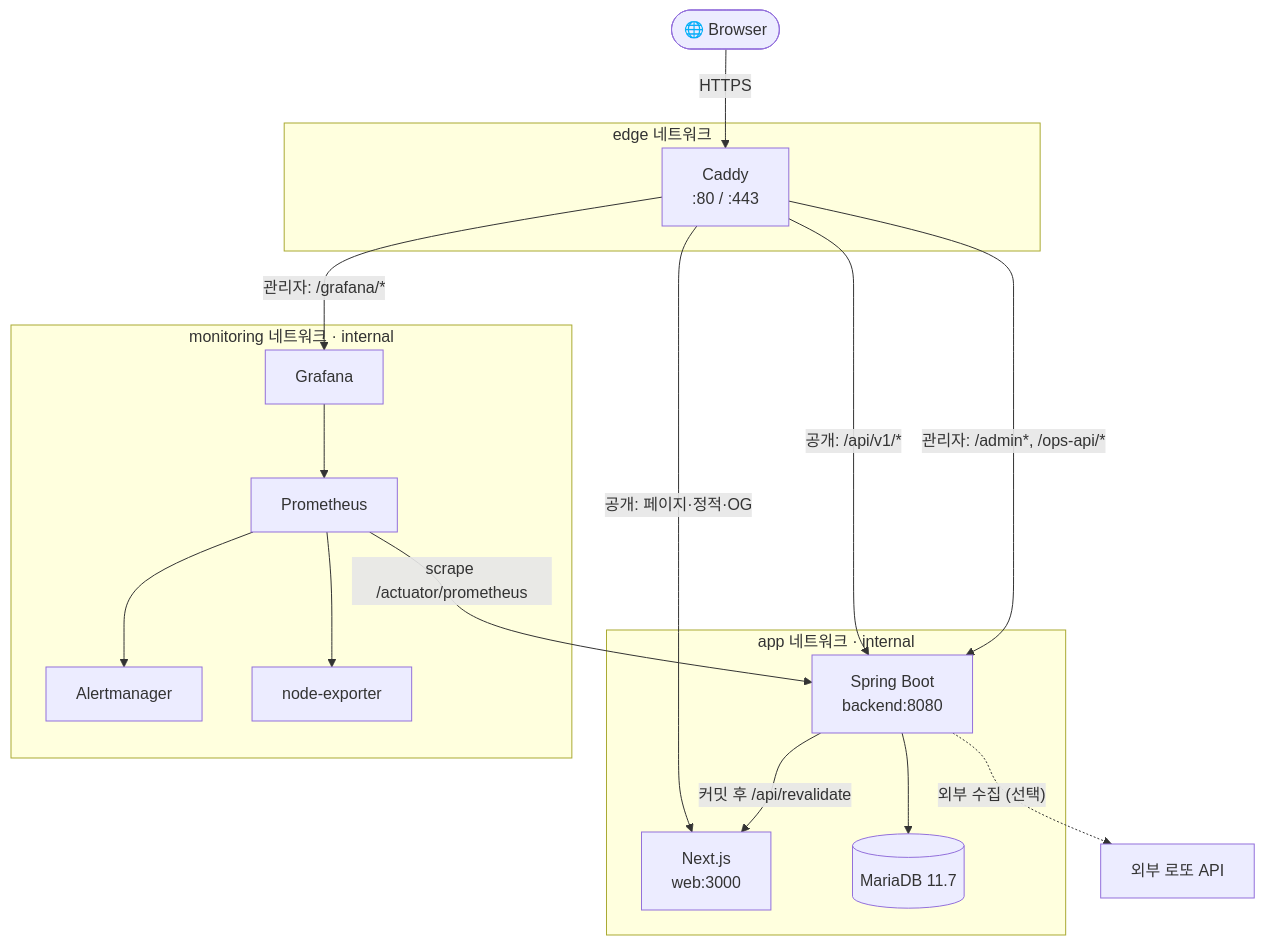
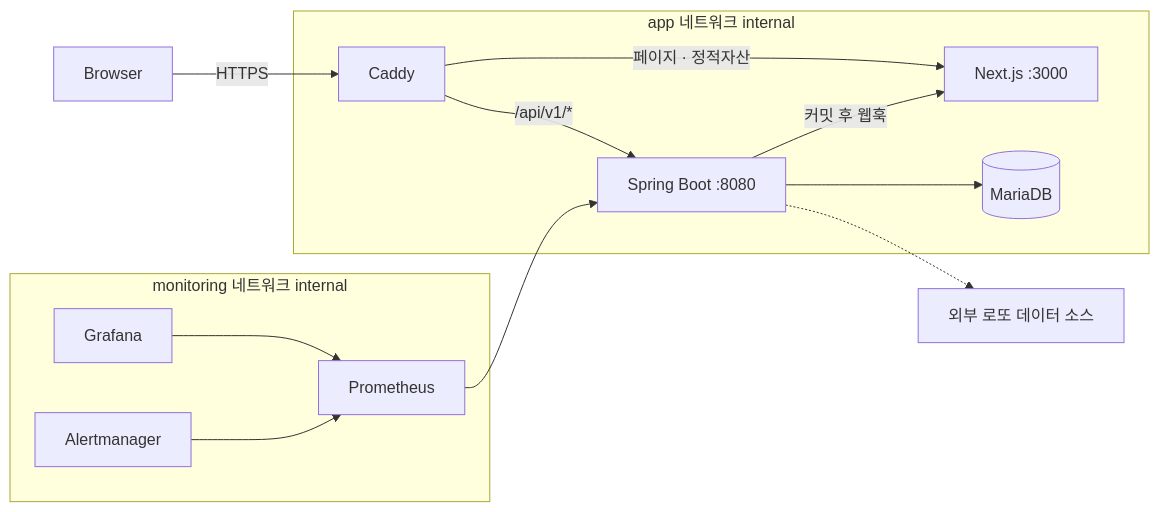
Before and after one commit to portuna85/Kraft: the diagram in README.md, drawn with Mermaid. The commit also changed other lines of this file, not shown here.

````diff
--- a/README.md
+++ b/README.md
@@ -56,35 +30,19 @@
 ```mermaid
-flowchart TB
-    Browser(["🌐 Browser"]) -- HTTPS --> Caddy
+flowchart LR
+    Browser -- HTTPS --> Caddy
 
-    subgraph EDGE["edge 네트워크"]
-        Caddy["Caddy<br/>:80 / :443"]
+    subgraph app[app 네트워크 internal]
+        Caddy -->|"/api/v1/*"| Backend[Spring Boot :8080]
+        Caddy -->|"페이지 · 정적자산"| Web[Next.js :3000]
+        Backend --> DB[(MariaDB)]
+        Backend -- "커밋 후 웹훅" --> Web
     end
 
-    subgraph APP["app 네트워크 · internal"]
-        Backend["Spring Boot<br/>backend:8080"]
-        Web["Next.js<br/>web:3000"]
-        MariaDB[("MariaDB 11.7")]
+    subgraph mon[monitoring 네트워크 internal]
+        Prometheus --> Backend
+        Grafana --> Prometheus
+        Alertmanager --> Prometheus
     end
 
-    subgraph MON["monitoring 네트워크 · internal"]
-        Prometheus["Prometheus"]
-        Grafana["Grafana"]
-        Alertmanager["Alertmanager"]
-        NodeExporter["node-exporter"]
-    end
-
-    Caddy -- "공개: /api/v1/*" --> Backend
-    Caddy -- "공개: 페이지·정적·OG" --> Web
-    Caddy -- "관리자: /admin*, /ops-api/*" --> Backend
-    Caddy -- "관리자: /grafana/*" --> Grafana
-
-    Backend --> MariaDB
-    Backend -- "커밋 후 /api/revalidate" --> Web
-    Backend -. "외부 수집 (선택)" .-> External["외부 로또 API"]
-
-    Prometheus -- "scrape /actuator/prometheus" --> Backend
-    Prometheus --> NodeExporter
-    Prometheus --> Alertmanager
-    Grafana --> Prometheus
+    Backend -.-> External[외부 로또 데이터 소스]
 ```
````
